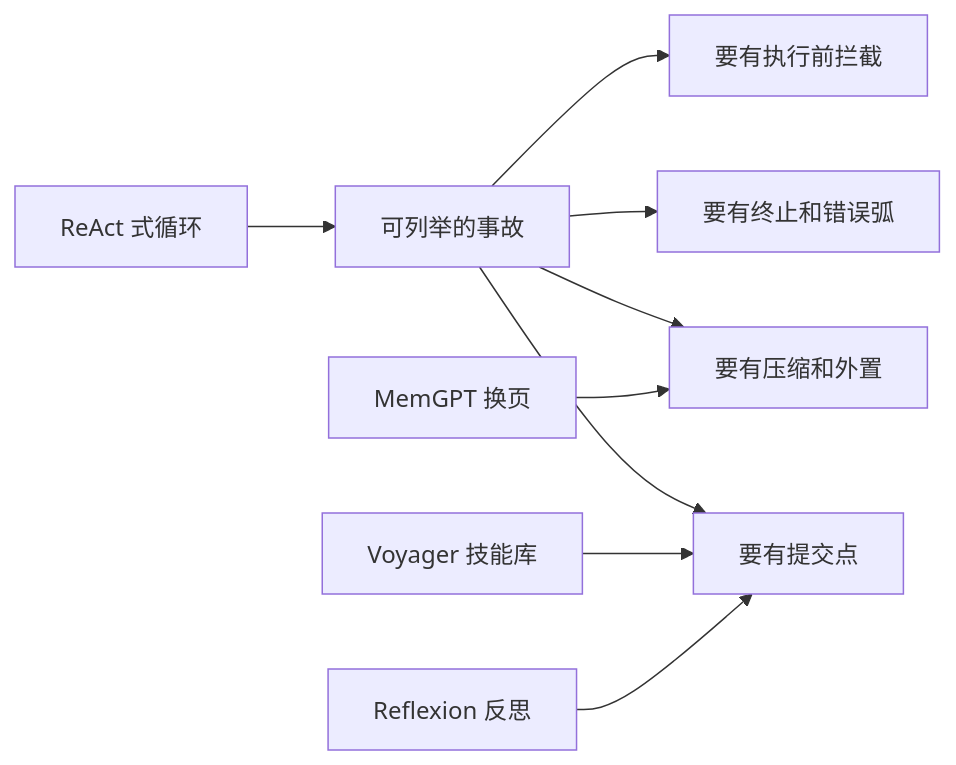
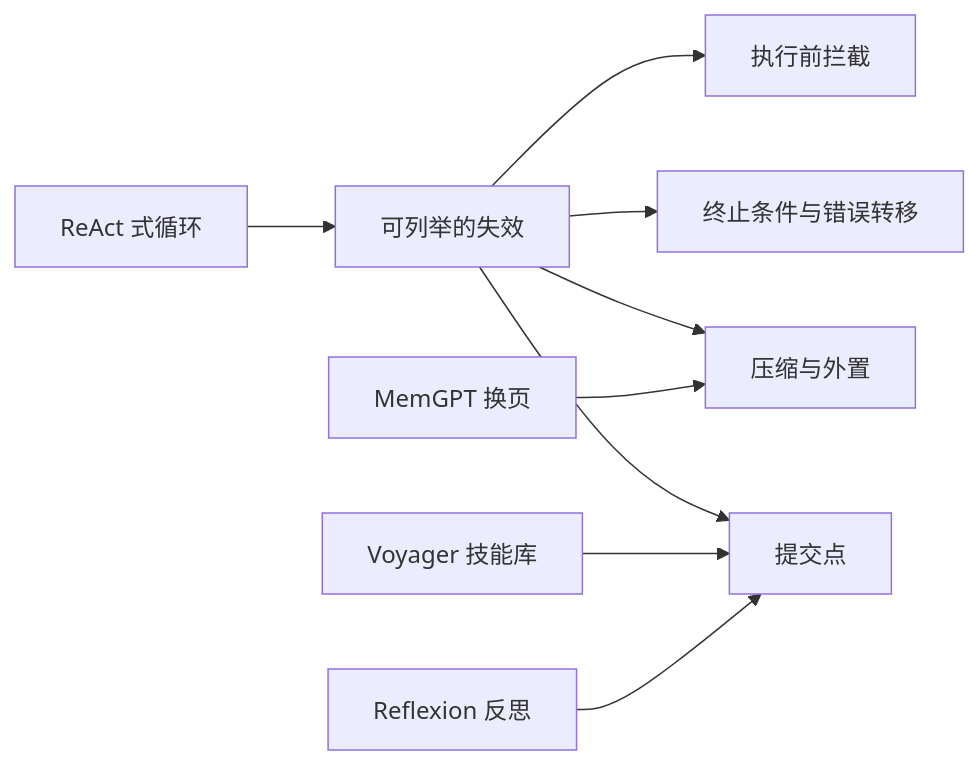
One commit to dwq370/Hands-On-Harness changed the second of 5 diagrams in 基础概念/Harness历史演进基本原理.md. Above: the diagram before and after it, drawn with Mermaid. The commit also changed other lines of this file and 2 other files, not shown here.

````diff
--- a/基础概念/Harness历史演进基本原理.md
+++ b/基础概念/Harness历史演进基本原理.md
@@ -99,11 +101,11 @@
 ```mermaid
 flowchart LR
-  reactLoop[ReAct 式循环] --> accidents[可列举的事故]
-  accidents --> Egap[要有终止和错误弧]
-  accidents --> Cgap[要有压缩和外置]
-  accidents --> Sgap[要有提交点]
-  accidents --> Lgap[要有执行前拦截]
+  reactLoop[ReAct 式循环] --> accidents[可列举的失效]
+  accidents --> Egap[终止条件与错误转移]
+  accidents --> Cgap[压缩与外置]
+  accidents --> Sgap[提交点]
+  accidents --> Lgap[执行前拦截]
   voyagerSkill[Voyager 技能库] --> Sgap
   memgptPage[MemGPT 换页] --> Cgap
   reflexionNote[Reflexion 反思] --> Sgap
 ```
````
